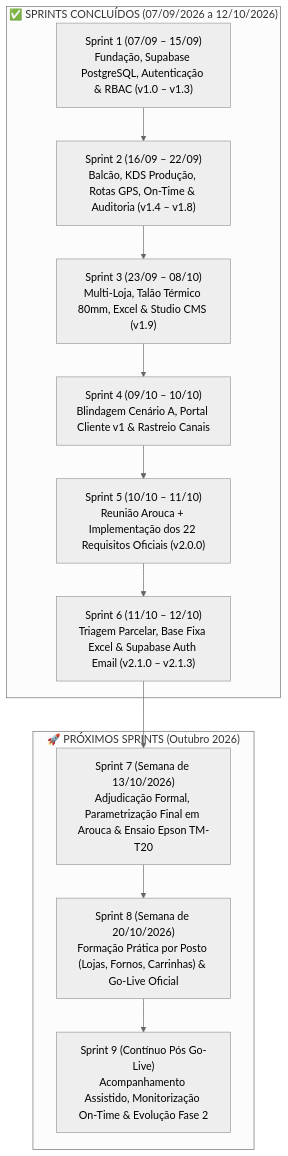
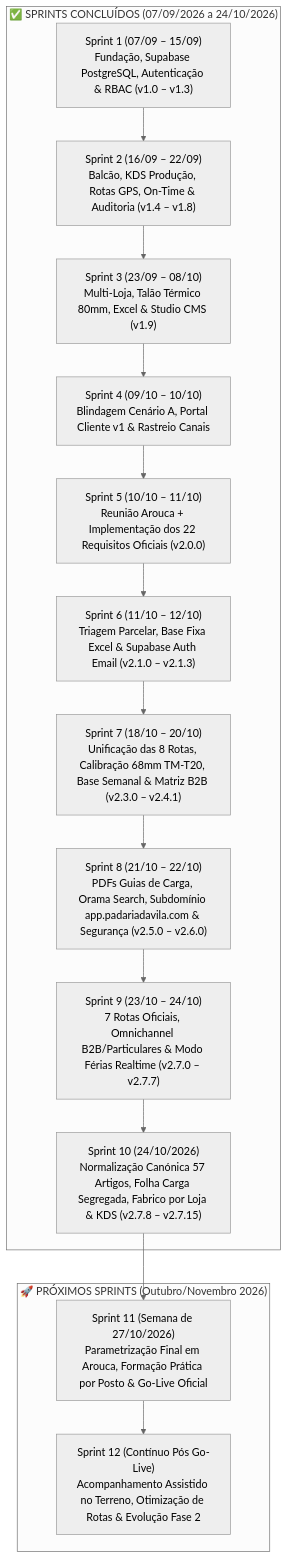
One commit to lfcarreiras/App-Padaria changed the diagram in docs/04_Dossier_Projeto_Cliente_Backlog_Horas_e_Oportunidades.md. Above: the diagram before and after it, drawn with Mermaid (neutral theme). The commit also changed other lines of this file and 5 other files, not shown here.

Commit message:
docs: sincronizacao integral dos manuais 01 a 06 com a solucao v2.7.15 (4 Lojas, 7 Carrinhas, 21 B2B e Swarm 99.6%)

````diff
--- a/docs/04_Dossier_Projeto_Cliente_Backlog_Horas_e_Oportunidades.md
+++ b/docs/04_Dossier_Projeto_Cliente_Backlog_Horas_e_Oportunidades.md
@@ -90,19 +94,22 @@
 ```mermaid
 flowchart TD
-    subgraph Concluidos ["✅ SPRINTS CONCLUÍDOS (07/09/2026 a 12/10/2026)"]
+    subgraph Concluidos ["✅ SPRINTS CONCLUÍDOS (07/09/2026 a 24/10/2026)"]
         SP1["Sprint 1 (07/09 – 15/09)\nFundação, Supabase PostgreSQL, Autenticação & RBAC (v1.0 – v1.3)"]
         SP2["Sprint 2 (16/09 – 22/09)\nBalcão, KDS Produção, Rotas GPS, On-Time & Auditoria (v1.4 – v1.8)"]
         SP3["Sprint 3 (23/09 – 08/10)\nMulti-Loja, Talão Térmico 80mm, Excel & Studio CMS (v1.9)"]
         SP4["Sprint 4 (09/10 – 10/10)\nBlindagem Cenário A, Portal Cliente v1 & Rastreio Canais"]
         SP5["Sprint 5 (10/10 – 11/10)\nReunião Arouca + Implementação dos 22 Requisitos Oficiais (v2.0.0)"]
         SP6["Sprint 6 (11/10 – 12/10)\nTriagem Parcelar, Base Fixa Excel & Supabase Auth Email (v2.1.0 – v2.1.3)"]
-        SP1 --> SP2 --> SP3 --> SP4 --> SP5 --> SP6
+        SP7["Sprint 7 (18/10 – 20/10)\nUnificação das 8 Rotas, Calibração 68mm TM-T20, Base Semanal & Matriz B2B (v2.3.0 – v2.4.1)"]
+        SP8["Sprint 8 (21/10 – 22/10)\nPDFs Guias de Carga, Orama Search, Subdomínio app.padariadavila.com & Segurança (v2.5.0 – v2.6.0)"]
+        SP9["Sprint 9 (23/10 – 24/10)\n7 Rotas Oficiais, Omnichannel B2B/Particulares & Modo Férias Realtime (v2.7.0 – v2.7.7)"]
+        SP10["Sprint 10 (24/10/2026)\nNormalização Canónica 57 Artigos, Folha Carga Segregada, Fabrico por Loja & KDS (v2.7.8 – v2.7.15)"]
+        SP1 --> SP2 --> SP3 --> SP4 --> SP5 --> SP6 --> SP7 --> SP8 --> SP9 --> SP10
     end
 
-    subgraph Seguintes ["🚀 PRÓXIMOS SPRINTS (Outubro 2026)"]
-        SP7["Sprint 7 (Semana de 13/10/2026)\nAdjudicação Formal, Parametrização Final em Arouca & Ensaio Epson TM-T20"]
-        SP8["Sprint 8 (Semana de 20/10/2026)\nFormação Prática por Posto (Lojas, Fornos, Carrinhas) & Go-Live Oficial"]
-        SP9["Sprint 9 (Contínuo Pós Go-Live)\nAcompanhamento Assistido, Monitorização On-Time & Evolução Fase 2"]
-        SP6 --> SP7 --> SP8 --> SP9
+    subgraph Seguintes ["🚀 PRÓXIMOS SPRINTS (Outubro/Novembro 2026)"]
+        SP11["Sprint 11 (Semana de 27/10/2026)\nParametrização Final em Arouca, Formação Prática por Posto & Go-Live Oficial"]
+        SP12["Sprint 12 (Contínuo Pós Go-Live)\nAcompanhamento Assistido no Terreno, Otimização de Rotas & Evolução Fase 2"]
+        SP10 --> SP11 --> SP12
     end
 ```
````
